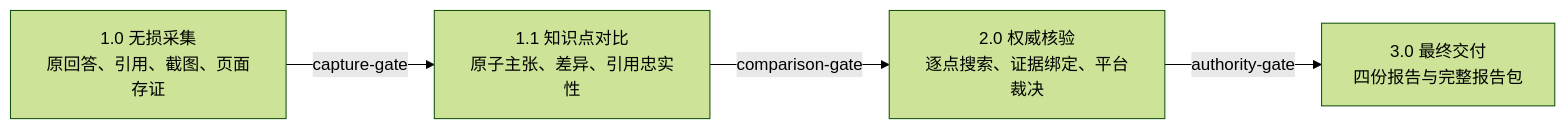
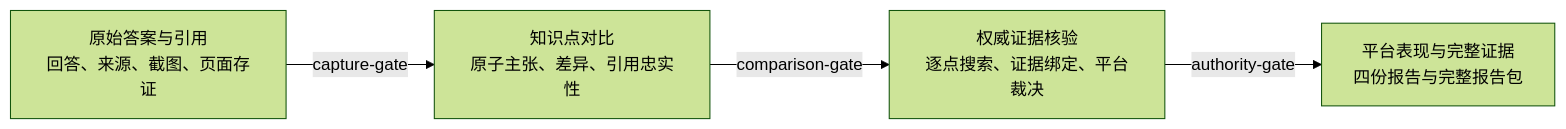
One commit to ASI2030/Fact-Check-X changed the diagram in README.md. Above: the diagram before and after it, drawn with Mermaid (forest theme). The commit also changed other lines of this file and 41 other files, not shown here.

````diff
--- a/README.md
+++ b/README.md
@@ -76,10 +124,10 @@
 ```mermaid
 flowchart LR
-    A["1.0 无损采集<br/>原回答、引用、截图、页面存证"]
-    B["1.1 知识点对比<br/>原子主张、差异、引用忠实性"]
-    C["2.0 权威核验<br/>逐点搜索、证据绑定、平台裁决"]
-    D["3.0 最终交付<br/>四份报告与完整报告包"]
+    A["原始答案与引用<br/>回答、来源、截图、页面存证"]
+    B["知识点对比<br/>原子主张、差异、引用忠实性"]
+    C["权威证据核验<br/>逐点搜索、证据绑定、平台裁决"]
+    D["平台表现与完整证据<br/>四份报告与完整报告包"]
     A -->|"capture-gate"| B
     B -->|"comparison-gate"| C
     C -->|"authority-gate"| D
 ```
````
